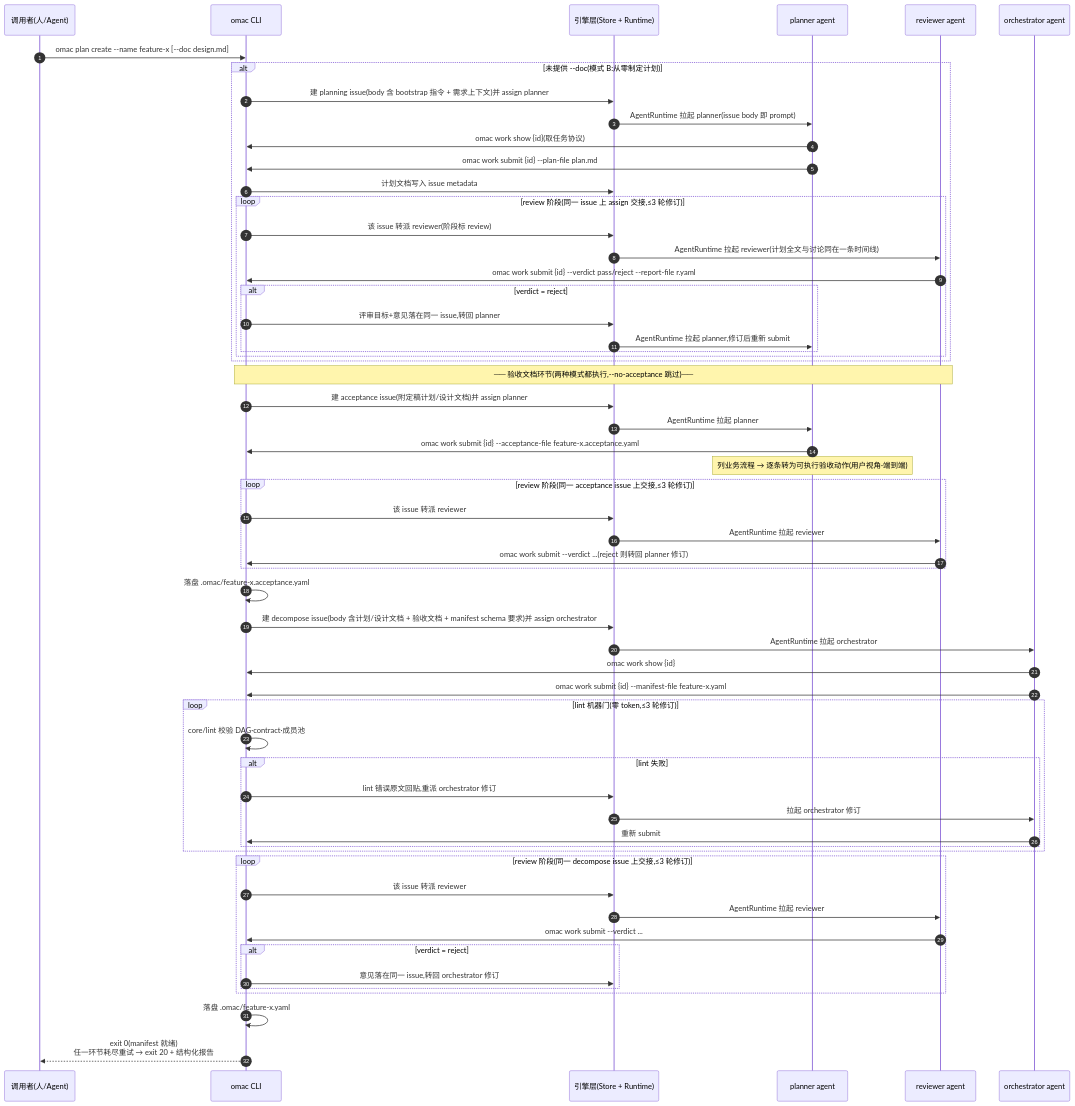
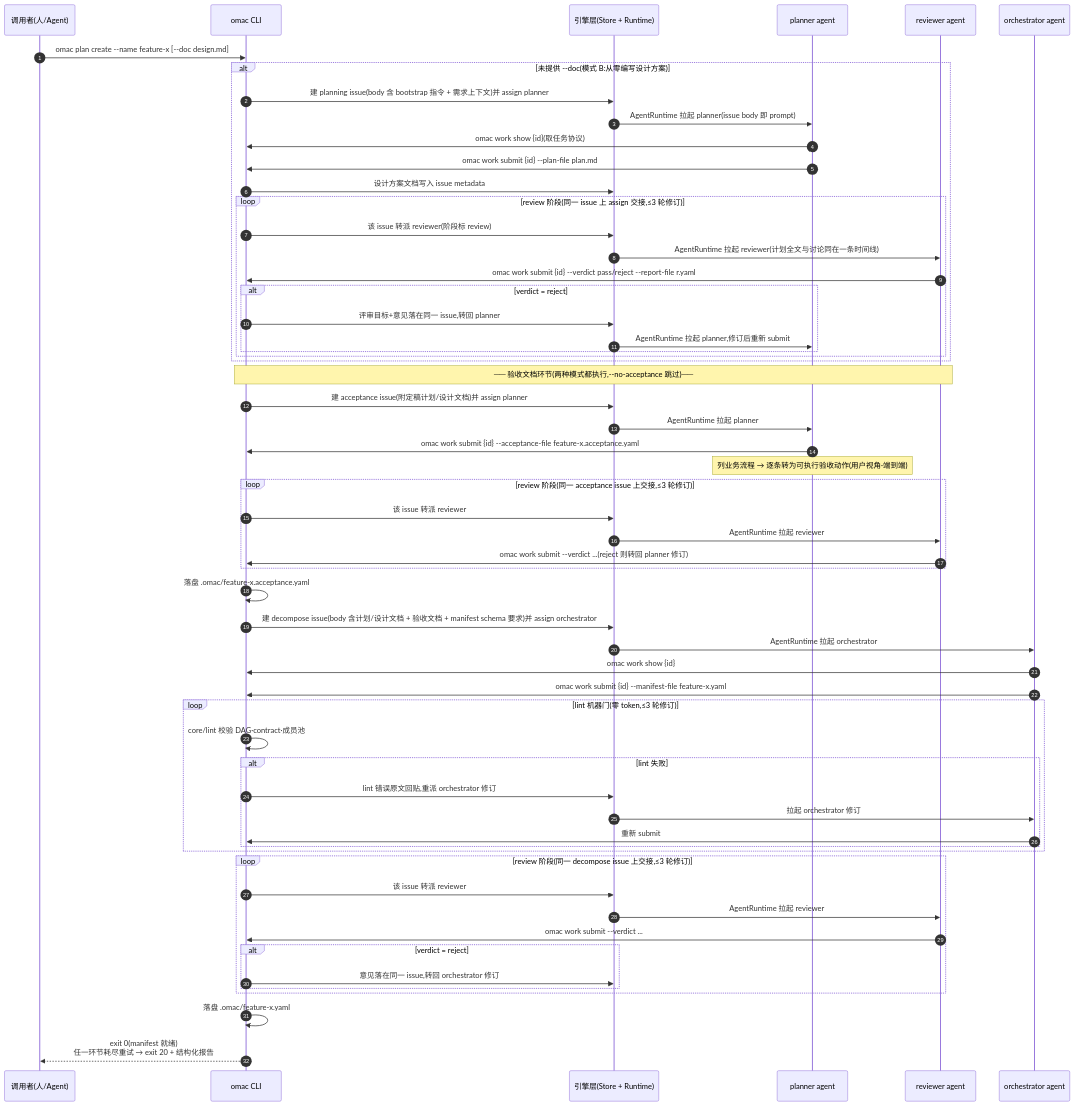
The third of 7 diagrams in docs/omac-cli-design.md (xiaohei-info/oh-my-multica), drawn with Mermaid before and after one commit. The commit also changed other lines of this file and 10 other files, not shown here.

````diff
--- a/docs/omac-cli-design.md
+++ b/docs/omac-cli-design.md
@@ -280,67 +280,67 @@
 ```mermaid
 sequenceDiagram
     autonumber
     participant U as 调用者(人/Agent)
     participant C as omac CLI
     participant M as 引擎层(Store + Runtime)
     participant P as planner agent
     participant R as reviewer agent
     participant O as orchestrator agent
 
     U->>C: omac plan create --name feature-x [--doc design.md]
 
-    alt 未提供 --doc(模式 B:从零制定计划)
+    alt 未提供 --doc(模式 B:从零编写设计方案)
         C->>M: 建 planning issue(body 含 bootstrap 指令 + 需求上下文)并 assign planner
         M->>P: AgentRuntime 拉起 planner(issue body 即 prompt)
         P->>C: omac work show {id}(取任务协议)
         P->>C: omac work submit {id} --plan-file plan.md
-        C->>M: 计划文档写入 issue metadata
+        C->>M: 设计方案文档写入 issue metadata
         loop review 阶段(同一 issue 上 assign 交接,≤3 轮修订)
             C->>M: 该 issue 转派 reviewer(阶段标 review)
             M->>R: AgentRuntime 拉起 reviewer(计划全文与讨论同在一条时间线)
             R->>C: omac work submit {id} --verdict pass/reject --report-file r.yaml
             alt verdict = reject
                 C->>M: 评审目标+意见落在同一 issue,转回 planner
                 M->>P: AgentRuntime 拉起 planner,修订后重新 submit
             end
         end
     end
 
     Note over C,R: ── 验收文档环节(两种模式都执行,--no-acceptance 跳过)──
     C->>M: 建 acceptance issue(附定稿计划/设计文档)并 assign planner
     M->>P: AgentRuntime 拉起 planner
     P->>C: omac work submit {id} --acceptance-file feature-x.acceptance.yaml
     Note over P: 列业务流程 → 逐条转为可执行验收动作(用户视角·端到端)
     loop review 阶段(同一 acceptance issue 上交接,≤3 轮修订)
         C->>M: 该 issue 转派 reviewer
         M->>R: AgentRuntime 拉起 reviewer
         R->>C: omac work submit --verdict ...(reject 则转回 planner 修订)
     end
     C->>C: 落盘 .omac/feature-x.acceptance.yaml
 
     C->>M: 建 decompose issue(body 含计划/设计文档 + 验收文档 + manifest schema 要求)并 assign orchestrator
     M->>O: AgentRuntime 拉起 orchestrator
     O->>C: omac work show {id}
     O->>C: omac work submit {id} --manifest-file feature-x.yaml
 
     loop lint 机器门(零 token,≤3 轮修订)
         C->>C: core/lint 校验 DAG·contract·成员池
         alt lint 失败
             C->>M: lint 错误原文回贴,重派 orchestrator 修订
             M->>O: 拉起 orchestrator 修订
             O->>C: 重新 submit
         end
     end
 
     loop review 阶段(同一 decompose issue 上交接,≤3 轮修订)
         C->>M: 该 issue 转派 reviewer
         M->>R: AgentRuntime 拉起 reviewer
         R->>C: omac work submit --verdict ...
         alt verdict = reject
             C->>M: 意见落在同一 issue,转回 orchestrator 修订
         end
     end
 
     C->>C: 落盘 .omac/feature-x.yaml
     C-->>U: exit 0(manifest 就绪)<br/>任一环节耗尽重试 → exit 20 + 结构化报告
 ```
````
